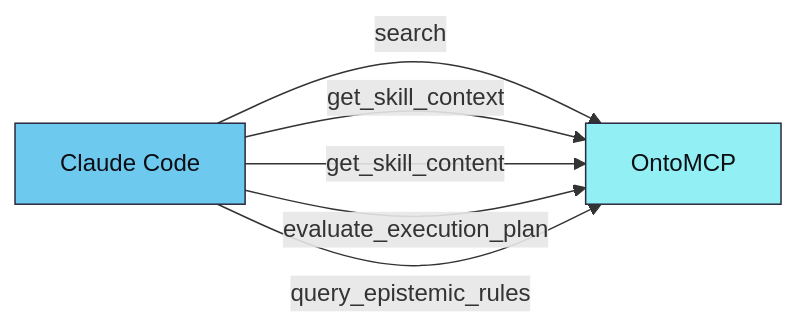
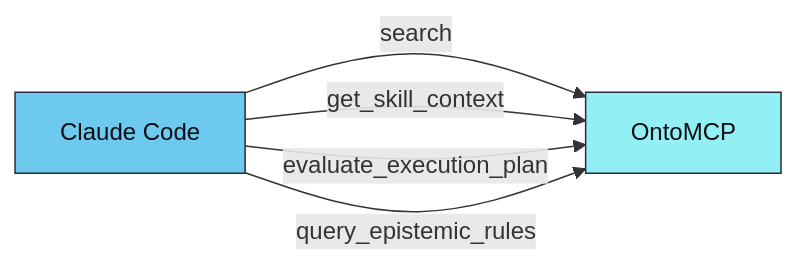
The third of 3 diagrams in mcp/README.md (mareasoftware/ontoclaw), drawn with Mermaid before and after one commit. The commit also changed other lines of this file and 27 other files, not shown here.

````diff
--- a/mcp/README.md
+++ b/mcp/README.md
@@ -256,11 +254,10 @@
 ```mermaid
 flowchart LR
     CLAUDE["Claude Code"] -->|"search"| TOOLS["OntoMCP"]
     CLAUDE -->|"get_skill_context"| TOOLS
-    CLAUDE -->|"get_skill_content"| TOOLS
     CLAUDE -->|"evaluate_execution_plan"| TOOLS
     CLAUDE -->|"query_epistemic_rules"| TOOLS
 
     style CLAUDE fill:#6dc9ee,stroke:#2a2a3e,color:#0d0d14
     style TOOLS fill:#92eff4,stroke:#2a2a3e,color:#0d0d14
 ```
````
